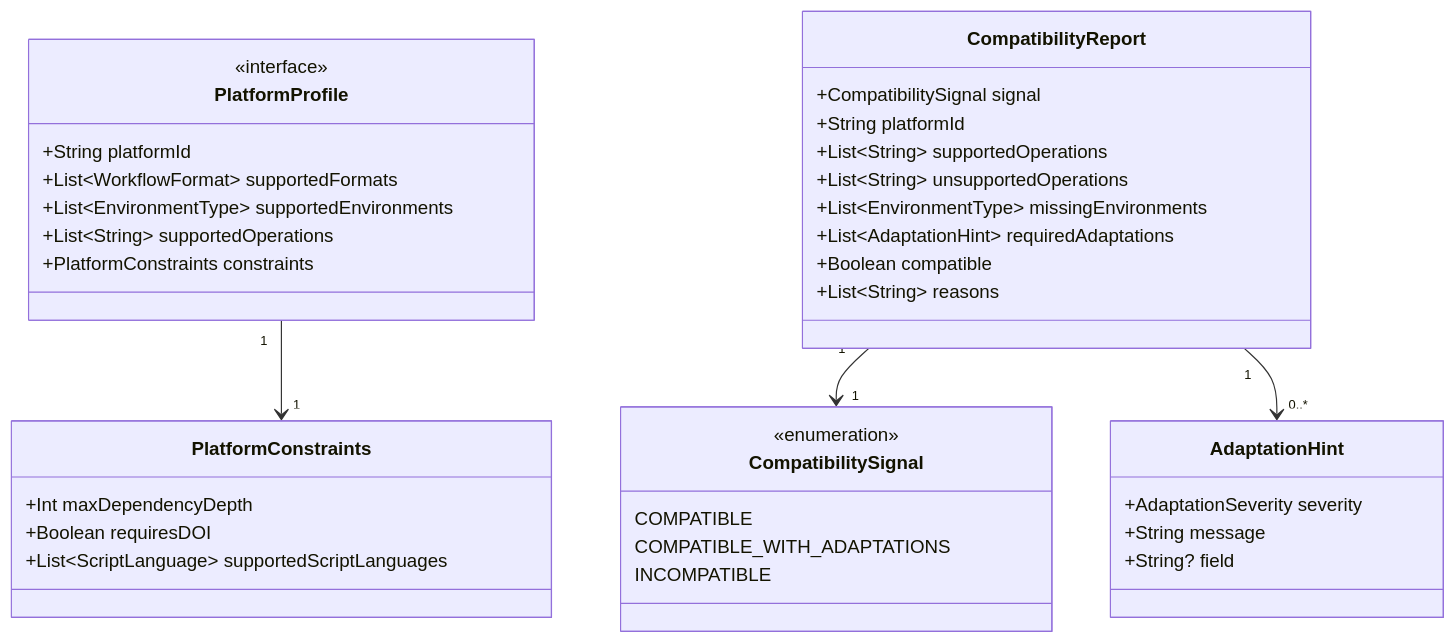
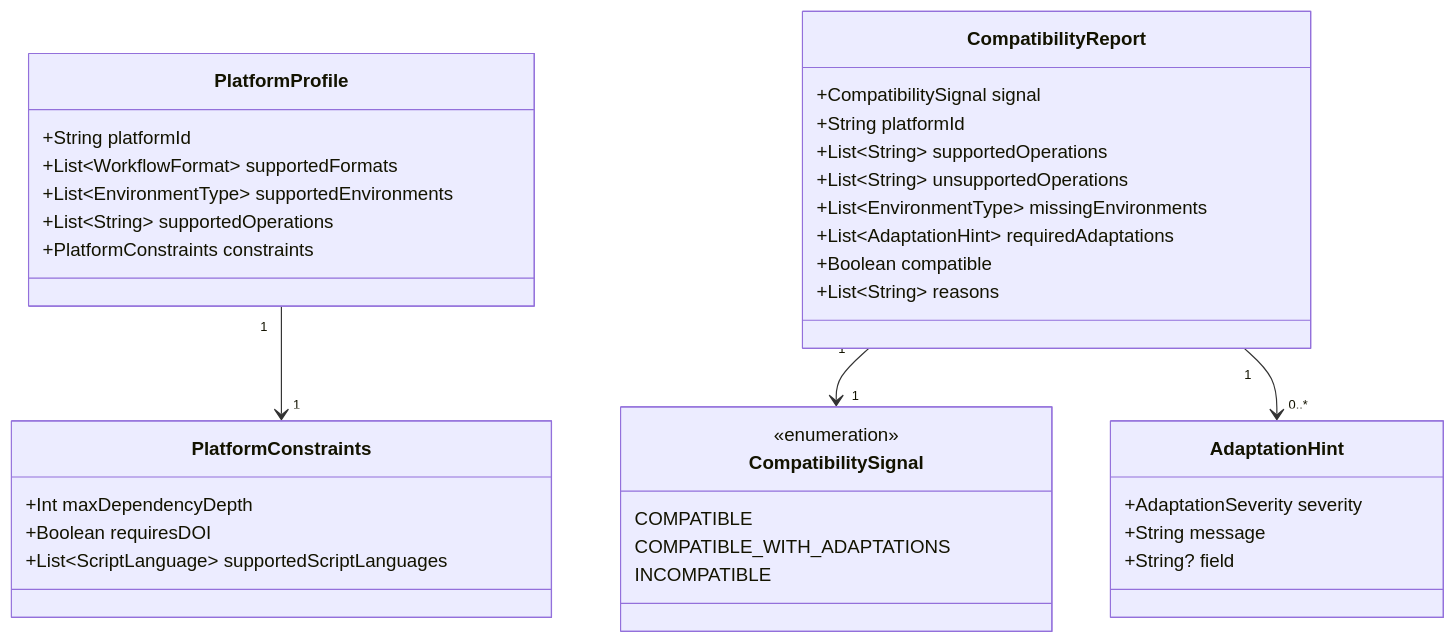
One commit to carp-dk/health-workflow-interfaces changed the diagram in docs/platform-profile.md. Above: the diagram before and after it, drawn with Mermaid. The commit also changed other lines of this file and 8 other files, not shown here.

````diff
--- a/docs/platform-profile.md
+++ b/docs/platform-profile.md
@@ -11,45 +10,44 @@
 ```mermaid
 classDiagram
     class PlatformProfile {
-        <<interface>>
         +String platformId
         +List~WorkflowFormat~ supportedFormats
         +List~EnvironmentType~ supportedEnvironments
         +List~String~ supportedOperations
         +PlatformConstraints constraints
     }
 
     class PlatformConstraints {
         +Int maxDependencyDepth
         +Boolean requiresDOI
         +List~ScriptLanguage~ supportedScriptLanguages
     }
 
     class CompatibilityReport {
         +CompatibilitySignal signal
         +String platformId
         +List~String~ supportedOperations
         +List~String~ unsupportedOperations
         +List~EnvironmentType~ missingEnvironments
         +List~AdaptationHint~ requiredAdaptations
         +Boolean compatible
         +List~String~ reasons
     }
 
     class CompatibilitySignal {
         <<enumeration>>
         COMPATIBLE
         COMPATIBLE_WITH_ADAPTATIONS
         INCOMPATIBLE
     }
 
     class AdaptationHint {
         +AdaptationSeverity severity
         +String message
         +String? field
     }
 
     PlatformProfile "1" --> "1" PlatformConstraints
     CompatibilityReport "1" --> "1" CompatibilitySignal
     CompatibilityReport "1" --> "0..*" AdaptationHint
 ```
````
